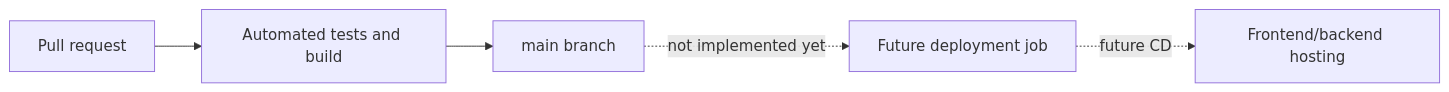
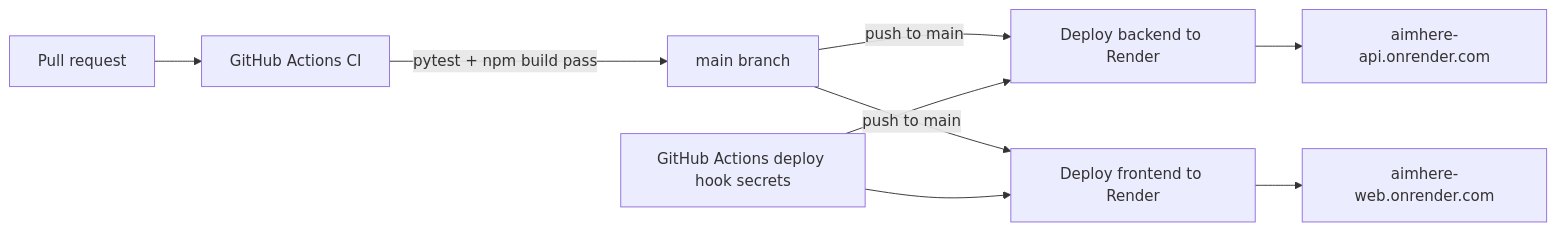
Before and after one commit to AimHereMDS/AimHere: the diagram in docs/diagrams/deployment-gap.mmd, drawn with Mermaid. The commit also changed 9 other files, not shown here.

```diff
--- a/docs/diagrams/deployment-gap.mmd
+++ b/docs/diagrams/deployment-gap.mmd
@@ -1,11 +1,18 @@
 flowchart LR
     PR["Pull request"]
-    Tests["Automated tests and build"]
+    CI["GitHub Actions CI"]
     Main["main branch"]
-    Deploy["Future deployment job"]
-    Hosting["Frontend/backend hosting"]
+    Secrets["GitHub Actions deploy hook secrets"]
+    BackendDeploy["Deploy backend to Render"]
+    FrontendDeploy["Deploy frontend to Render"]
+    Backend["aimhere-api.onrender.com"]
+    Frontend["aimhere-web.onrender.com"]
 
-    PR --> Tests
-    Tests --> Main
-    Main -. "not implemented yet" .-> Deploy
-    Deploy -. "future CD" .-> Hosting
+    PR --> CI
+    CI -->|"pytest + npm build pass"| Main
+    Main -->|"push to main"| BackendDeploy
+    Main -->|"push to main"| FrontendDeploy
+    Secrets --> BackendDeploy
+    Secrets --> FrontendDeploy
+    BackendDeploy --> Backend
+    FrontendDeploy --> Frontend
```
